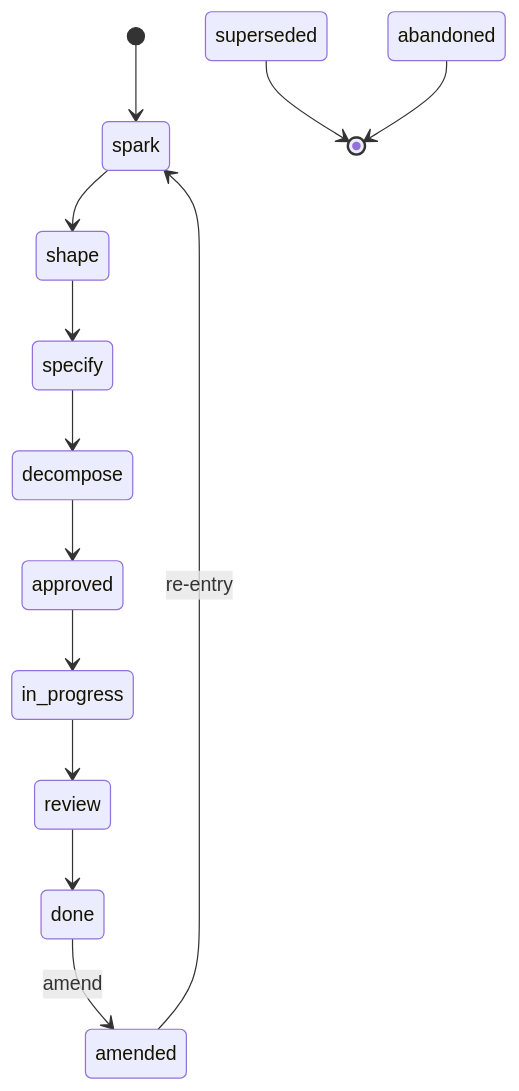
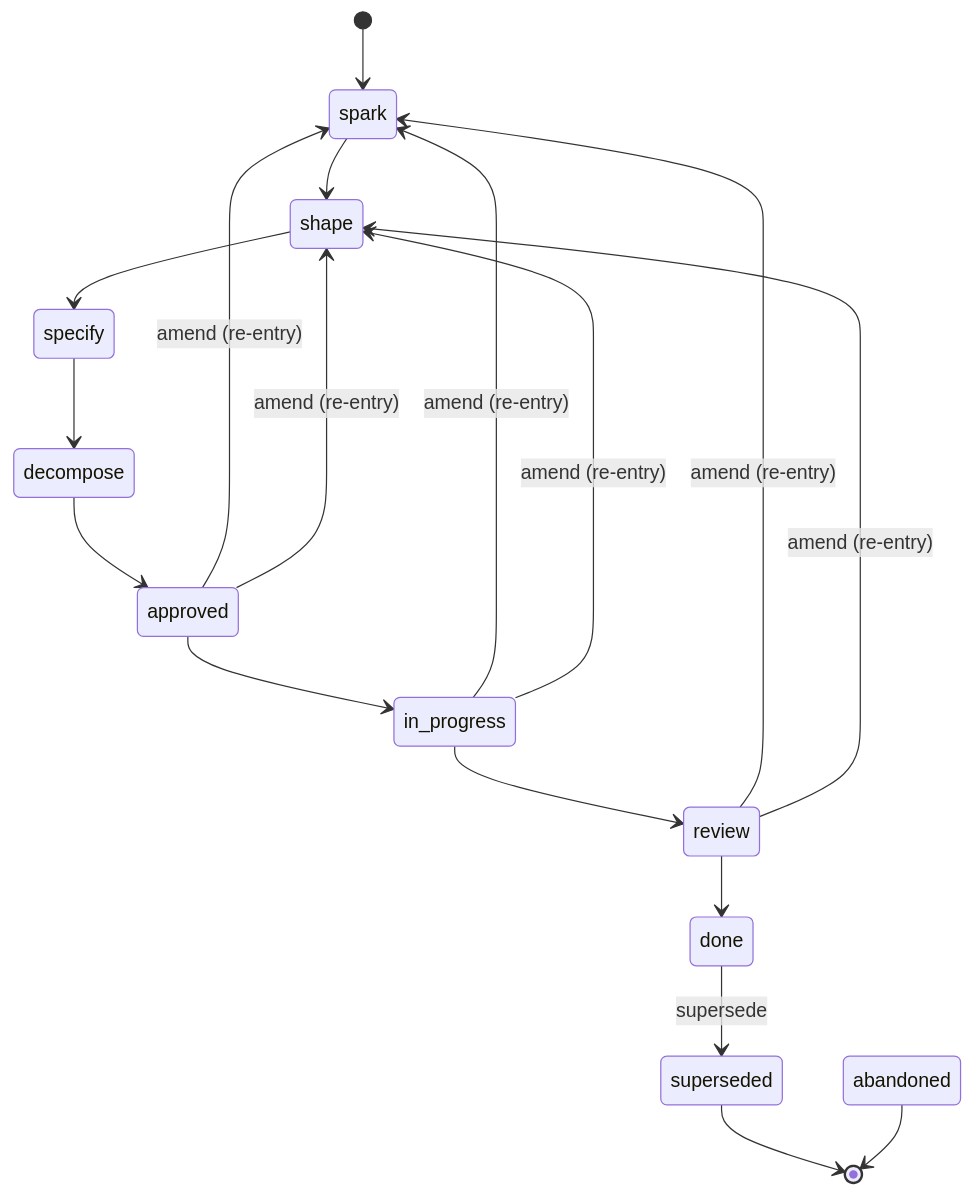
One commit to specgraph/specgraph changed the diagram in site/docs/concepts/authoring.md. Above: the diagram before and after it, drawn with Mermaid. The commit also changed other lines of this file and 39 other files, not shown here.

First line of the commit message:
feat: lifecycle nomenclature inversion — amend from in-flight, supersede from done (#889)

````diff
--- a/site/docs/concepts/authoring.md
+++ b/site/docs/concepts/authoring.md
@@ -199,19 +200,25 @@
 ```mermaid
 stateDiagram-v2
     [*] --> spark
     spark --> shape
     shape --> specify
     specify --> decompose
     decompose --> approved
     approved --> in_progress
     in_progress --> review
     review --> done
 
-    done --> amended : amend
-    amended --> spark : re-entry
+    approved --> spark : amend (re-entry)
+    approved --> shape : amend (re-entry)
+    in_progress --> spark : amend (re-entry)
+    in_progress --> shape : amend (re-entry)
+    review --> spark : amend (re-entry)
+    review --> shape : amend (re-entry)
+
+    done --> superseded : supersede
 
     state superseded
     state abandoned
     superseded --> [*]
     abandoned --> [*]
 ```
````
